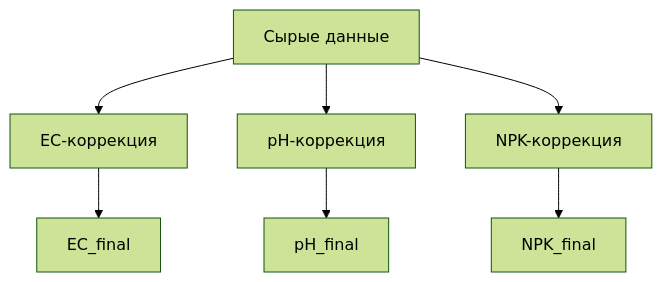
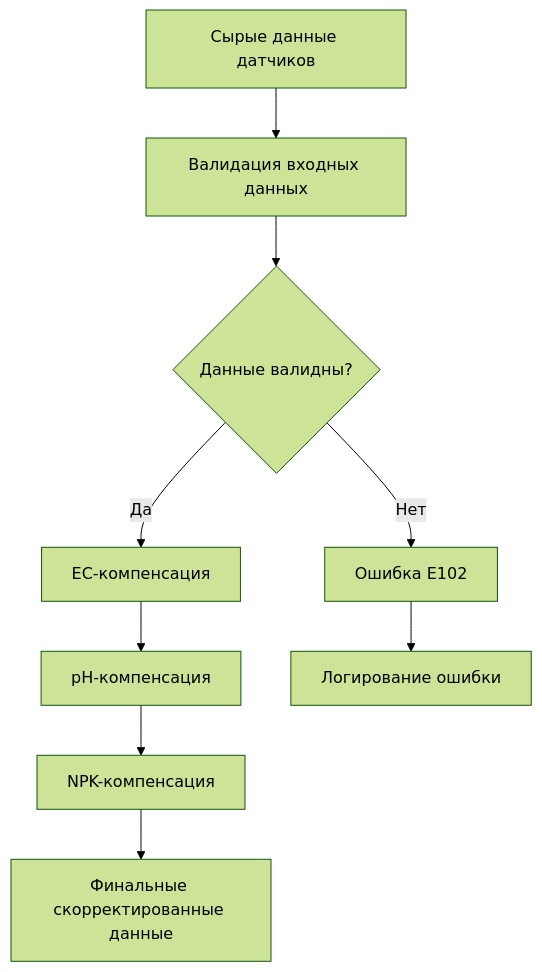
The diagram in docs/manuals/COMPENSATION_GUIDE.md (Gfermoto/soil-sensor-7in1), drawn with Mermaid (forest theme) before and after one commit. The commit also changed other lines of this file and 9 other files, not shown here.

````diff
--- a/docs/manuals/COMPENSATION_GUIDE.md
+++ b/docs/manuals/COMPENSATION_GUIDE.md
@@ -113,9 +124,11 @@
 ```mermaid
 graph TD
-    A[Сырые данные] --> B[EC-коррекция]
-    A --> C[pH-коррекция]
-    A --> D[NPK-коррекция]
-    B --> E[EC_final]
-    C --> F[pH_final]
-    D --> G[NPK_final]
+    A[Сырые данные датчиков] --> B[Валидация входных данных]
+    B --> C{Данные валидны?}
+    C -->|Да| D[EC-компенсация]
+    C -->|Нет| E[Ошибка E102]
+    D --> F[pH-компенсация]
+    F --> G[NPK-компенсация]
+    G --> H[Финальные скорректированные данные]
+    E --> I[Логирование ошибки]
 ```
````
